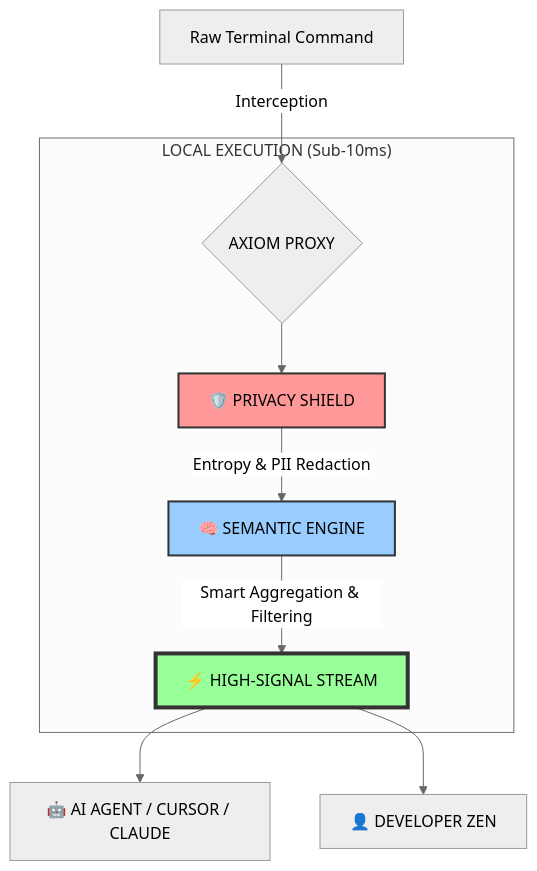
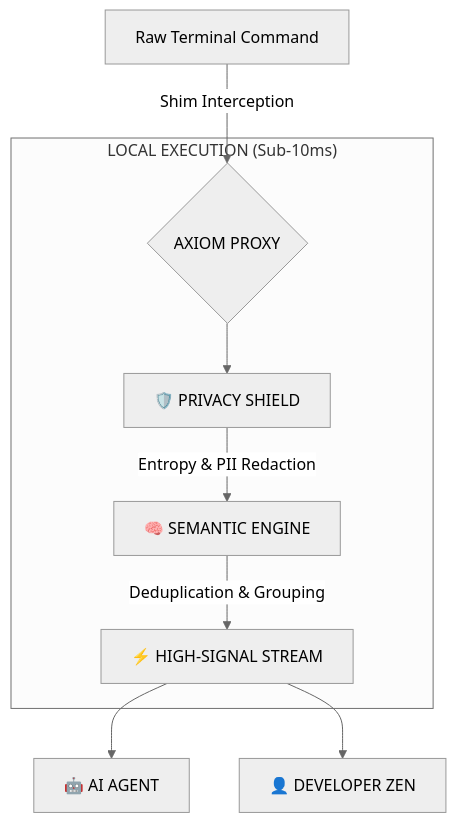
One commit to pinedamg/axiom-cli changed the diagram in README.md. Above: the diagram before and after it, drawn with Mermaid (neutral theme). The commit also changed other lines of this file and 3 other files, not shown here.

````diff
--- a/README.md
+++ b/README.md
@@ -58,17 +75,13 @@
 ```mermaid
 graph TD
-    A[Raw Terminal Command] -->|Interception| B{AXIOM PROXY}
+    A[Raw Terminal Command] -->|Shim Interception| B{AXIOM PROXY}
     
     subgraph "LOCAL EXECUTION (Sub-10ms)"
     B --> C[🛡️ PRIVACY SHIELD]
     C -->|Entropy & PII Redaction| D[🧠 SEMANTIC ENGINE]
-    D -->|Smart Aggregation & Filtering| E[⚡ HIGH-SIGNAL STREAM]
+    D -->|Deduplication & Grouping| E[⚡ HIGH-SIGNAL STREAM]
     end
     
-    E --> F[🤖 AI AGENT / CURSOR / CLAUDE]
+    E --> F[🤖 AI AGENT]
     E --> G[👤 DEVELOPER ZEN]
-
-    style C fill:#ff9999,stroke:#333,stroke-width:2px,color:#000
-    style D fill:#99ccff,stroke:#333,stroke-width:2px,color:#000
-    style E fill:#99ff99,stroke:#333,stroke-width:4px,color:#000
 ```
````
